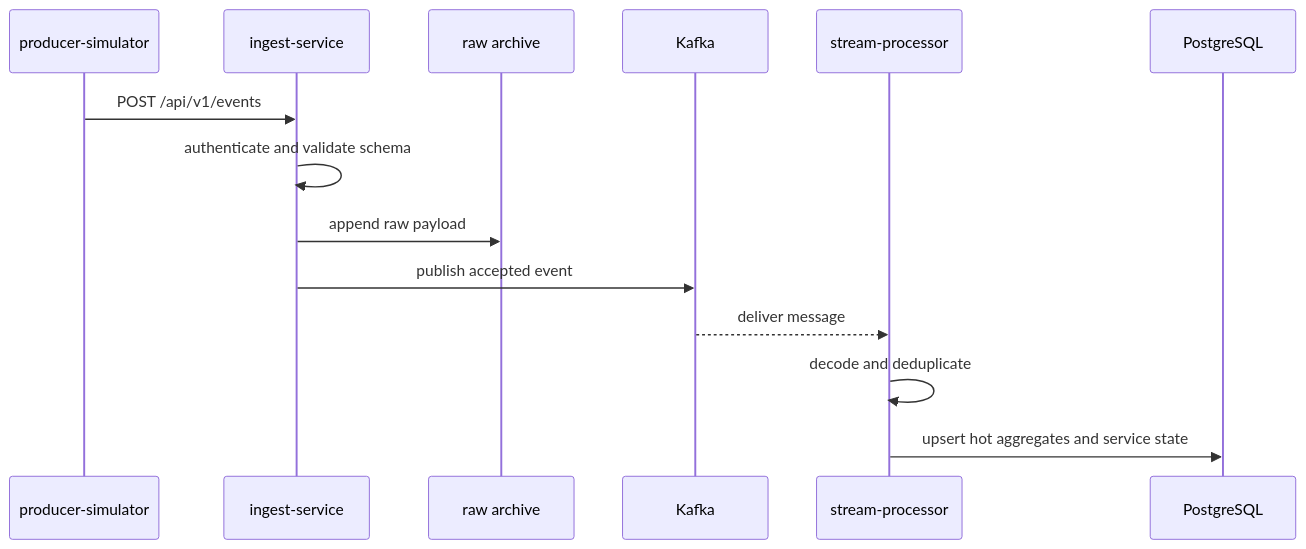
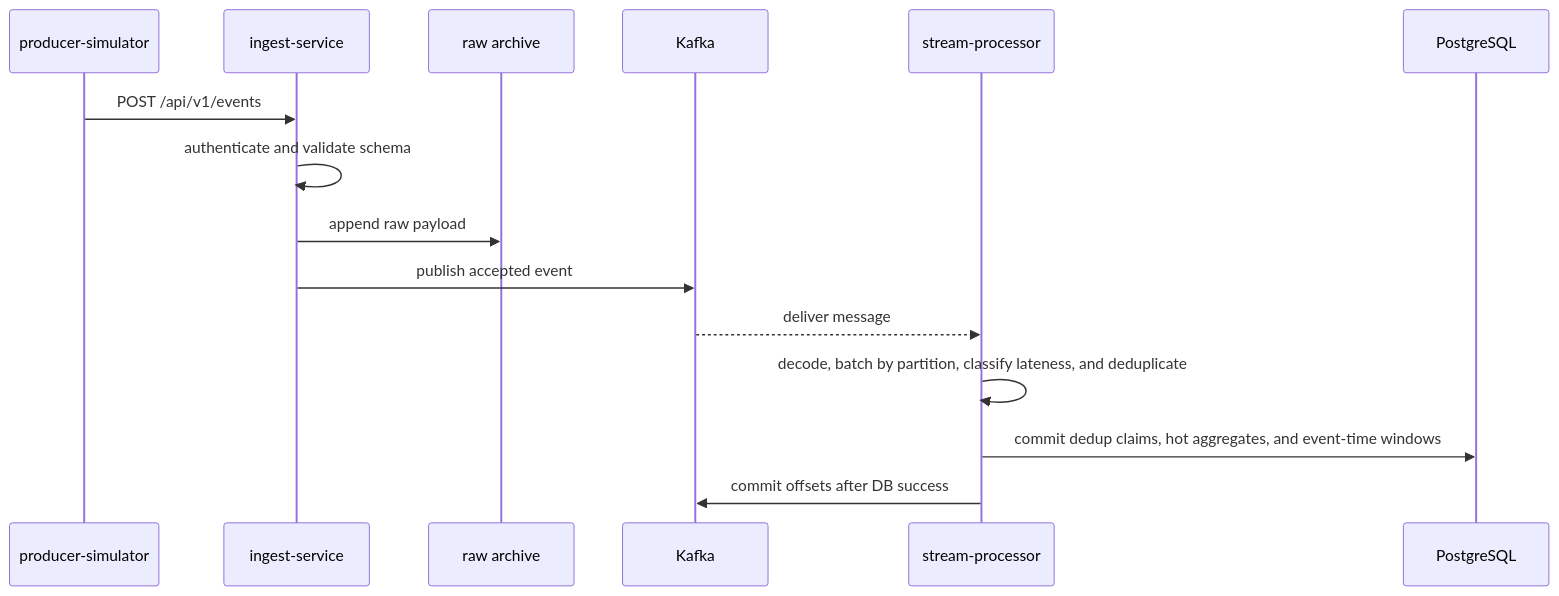
One commit to ErenAri/real-time-event-processing-fabric changed the second of 5 diagrams in docs/architecture.md. Above: the diagram before and after it, drawn with Mermaid. The commit also changed other lines of this file and 30 other files, not shown here.

````diff
--- a/docs/architecture.md
+++ b/docs/architecture.md
@@ -80,17 +80,18 @@
 ```mermaid
 sequenceDiagram
     participant Producer as producer-simulator
     participant Ingest as ingest-service
     participant Archive as raw archive
     participant Kafka as Kafka
     participant Processor as stream-processor
     participant Postgres as PostgreSQL
 
     Producer->>Ingest: POST /api/v1/events
     Ingest->>Ingest: authenticate and validate schema
     Ingest->>Archive: append raw payload
     Ingest->>Kafka: publish accepted event
     Kafka-->>Processor: deliver message
-    Processor->>Processor: decode and deduplicate
-    Processor->>Postgres: upsert hot aggregates and service state
+    Processor->>Processor: decode, batch by partition, classify lateness, and deduplicate
+    Processor->>Postgres: commit dedup claims, hot aggregates, and event-time windows
+    Processor->>Kafka: commit offsets after DB success
 ```
````
